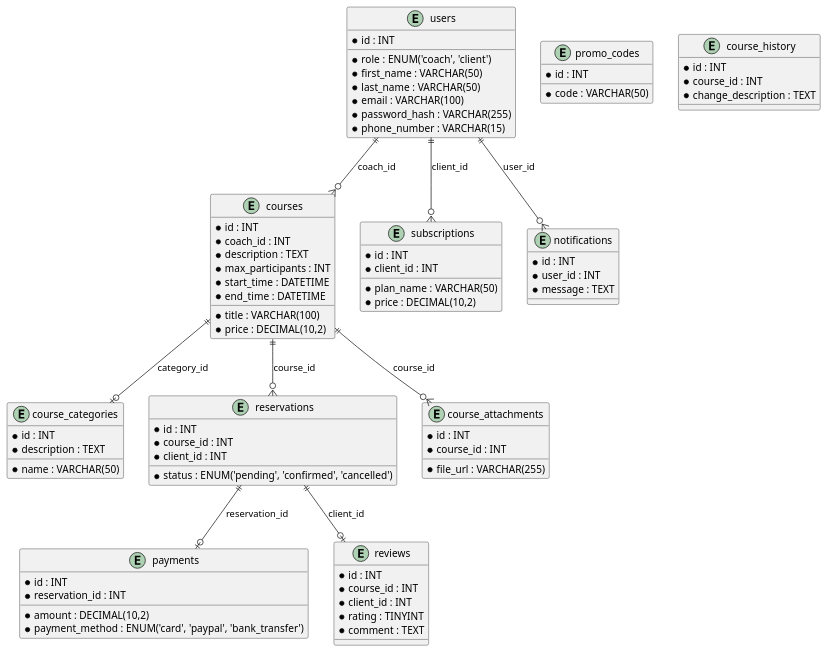
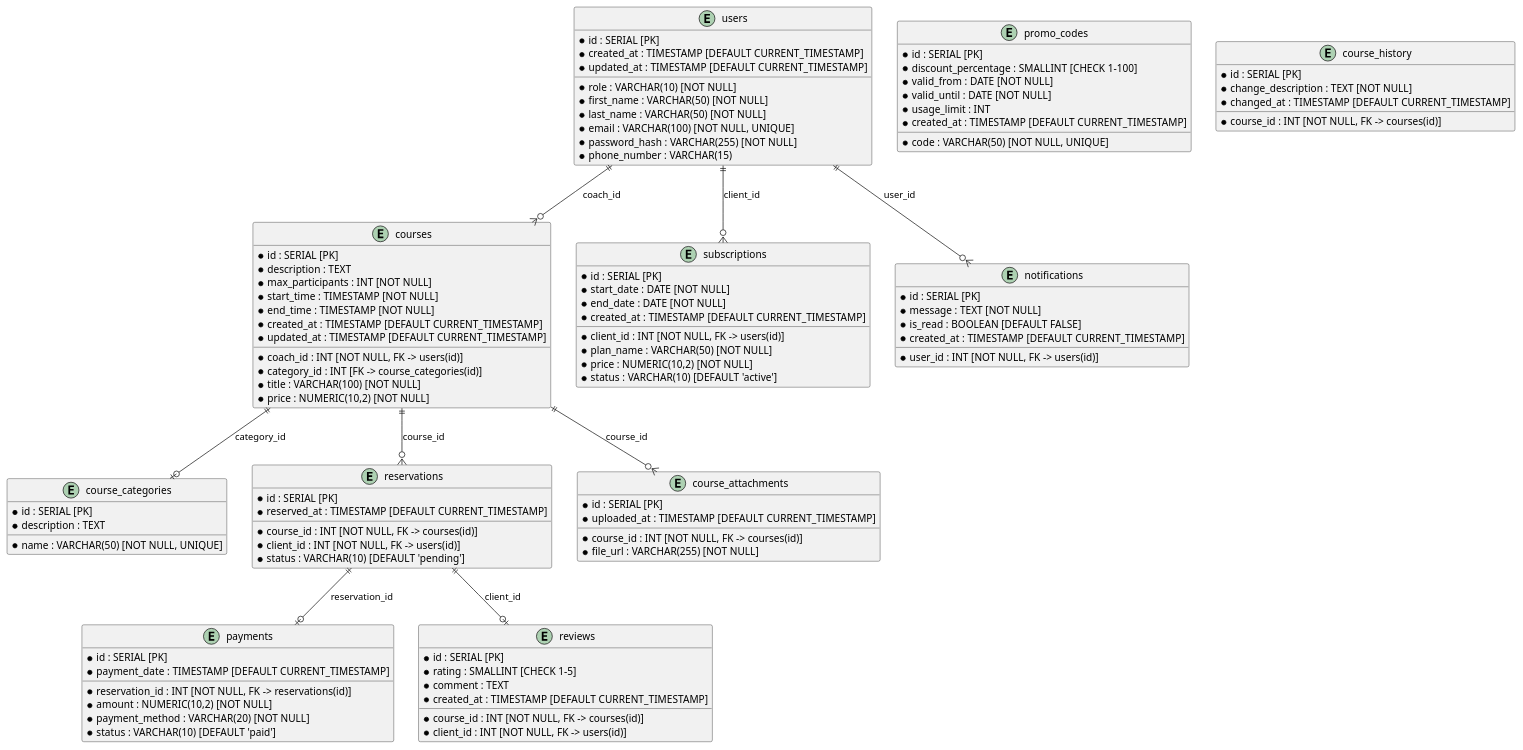
The diagram in Conception/UML/ERD.puml (JordanSerafini/coach_app), drawn with PlantUML before and after one commit. The commit also changed other lines of this file and 33 other files, not shown here.

```diff
--- a/Conception/UML/ERD.puml
+++ b/Conception/UML/ERD.puml
@@ -2,89 +1,114 @@
 @startuml coach_app
+
 entity users {
-    * id : INT
-    * role : ENUM('coach', 'client')
-    * first_name : VARCHAR(50)
-    * last_name : VARCHAR(50)
-    * email : VARCHAR(100)
-    * password_hash : VARCHAR(255)
+    * id : SERIAL [PK]
+    * role : VARCHAR(10) [NOT NULL]
+    * first_name : VARCHAR(50) [NOT NULL]
+    * last_name : VARCHAR(50) [NOT NULL]
+    * email : VARCHAR(100) [NOT NULL, UNIQUE]
+    * password_hash : VARCHAR(255) [NOT NULL]
     * phone_number : VARCHAR(15)
+    * created_at : TIMESTAMP [DEFAULT CURRENT_TIMESTAMP]
+    * updated_at : TIMESTAMP [DEFAULT CURRENT_TIMESTAMP]
 }
 
 entity courses {
-    * id : INT
-    * coach_id : INT
-    * title : VARCHAR(100)
+    * id : SERIAL [PK]
+    * coach_id : INT [NOT NULL, FK -> users(id)]
+    * category_id : INT [FK -> course_categories(id)]
+    * title : VARCHAR(100) [NOT NULL]
     * description : TEXT
-    * max_participants : INT
-    * price : DECIMAL(10,2)
-    * start_time : DATETIME
-    * end_time : DATETIME
+    * max_participants : INT [NOT NULL]
+    * price : NUMERIC(10,2) [NOT NULL]
+    * start_time : TIMESTAMP [NOT NULL]
+    * end_time : TIMESTAMP [NOT NULL]
+    * created_at : TIMESTAMP [DEFAULT CURRENT_TIMESTAMP]
+    * updated_at : TIMESTAMP [DEFAULT CURRENT_TIMESTAMP]
 }
 
 entity course_categories {
-    * id : INT
-    * name : VARCHAR(50)
+    * id : SERIAL [PK]
+    * name : VARCHAR(50) [NOT NULL, UNIQUE]
     * description : TEXT
 }
 
 entity reservations {
-    * id : INT
-    * course_id : INT
-    * client_id : INT
-    * status : ENUM('pending', 'confirmed', 'cancelled')
+    * id : SERIAL [PK]
+    * course_id : INT [NOT NULL, FK -> courses(id)]
+    * client_id : INT [NOT NULL, FK -> users(id)]
+    * status : VARCHAR(10) [DEFAULT 'pending']
+    * reserved_at : TIMESTAMP [DEFAULT CURRENT_TIMESTAMP]
 }
 
 entity payments {
-    * id : INT
-    * reservation_id : INT
-    * amount : DECIMAL(10,2)
-    * payment_method : ENUM('card', 'paypal', 'bank_transfer')
+    * id : SERIAL [PK]
+    * reservation_id : INT [NOT NULL, FK -> reservations(id)]
+    * amount : NUMERIC(10,2) [NOT NULL]
+    * payment_date : TIMESTAMP [DEFAULT CURRENT_TIMESTAMP]
+    * payment_method : VARCHAR(20) [NOT NULL]
+    * status : VARCHAR(10) [DEFAULT 'paid']
 }
 
 entity subscriptions {
-    * id : INT
-    * client_id : INT
-    * plan_name : VARCHAR(50)
-    * price : DECIMAL(10,2)
+    * id : SERIAL [PK]
+    * client_id : INT [NOT NULL, FK -> users(id)]
+    * plan_name : VARCHAR(50) [NOT NULL]
+    * price : NUMERIC(10,2) [NOT NULL]
+    * start_date : DATE [NOT NULL]
+    * end_date : DATE [NOT NULL]
+    * status : VARCHAR(10) [DEFAULT 'active']
+    * created_at : TIMESTAMP [DEFAULT CURRENT_TIMESTAMP]
 }
 
 entity reviews {
-    * id : INT
-    * course_id : INT
-    * client_id : INT
-    * rating : TINYINT
+    * id : SERIAL [PK]
+    * course_id : INT [NOT NULL, FK -> courses(id)]
+    * client_id : INT [NOT NULL, FK -> users(id)]
+    * rating : SMALLINT [CHECK 1-5]
     * comment : TEXT
+    * created_at : TIMESTAMP [DEFAULT CURRENT_TIMESTAMP]
 }
 
 entity notifications {
-    * id : INT
-    * user_id : INT
-    * message : TEXT
+    * id : SERIAL [PK]
+    * user_id : INT [NOT NULL, FK -> users(id)]
+    * message : TEXT [NOT NULL]
+    * is_read : BOOLEAN [DEFAULT FALSE]
+    * created_at : TIMESTAMP [DEFAULT CURRENT_TIMESTAMP]
 }
 
 entity course_attachments {
-    * id : INT
-    * course_id : INT
-    * file_url : VARCHAR(255)
+    * id : SERIAL [PK]
+    * course_id : INT [NOT NULL, FK -> courses(id)]
+    * file_url : VARCHAR(255) [NOT NULL]
+    * uploaded_at : TIMESTAMP [DEFAULT CURRENT_TIMESTAMP]
 }
 
 entity promo_codes {
-    * id : INT
-    * code : VARCHAR(50)
+    * id : SERIAL [PK]
+    * code : VARCHAR(50) [NOT NULL, UNIQUE]
+    * discount_percentage : SMALLINT [CHECK 1-100]
+    * valid_from : DATE [NOT NULL]
+    * valid_until : DATE [NOT NULL]
+    * usage_limit : INT
+    * created_at : TIMESTAMP [DEFAULT CURRENT_TIMESTAMP]
 }
 
 entity course_history {
-    * id : INT
-    * course_id : INT
-    * change_description : TEXT
+    * id : SERIAL [PK]
+    * course_id : INT [NOT NULL, FK -> courses(id)]
+    * change_description : TEXT [NOT NULL]
+    * changed_at : TIMESTAMP [DEFAULT CURRENT_TIMESTAMP]
 }
 
+' Relationships
 users ||--o{ courses : "coach_id"
 courses ||--o| course_categories : "category_id"
 courses ||--o{ reservations : "course_id"
 reservations ||--o| payments : "reservation_id"
 reservations ||--o| reviews : "client_id"
 users ||--o{ subscriptions : "client_id"
 users ||--o{ notifications : "user_id"
 courses ||--o{ course_attachments : "course_id"
+
 @enduml
```
